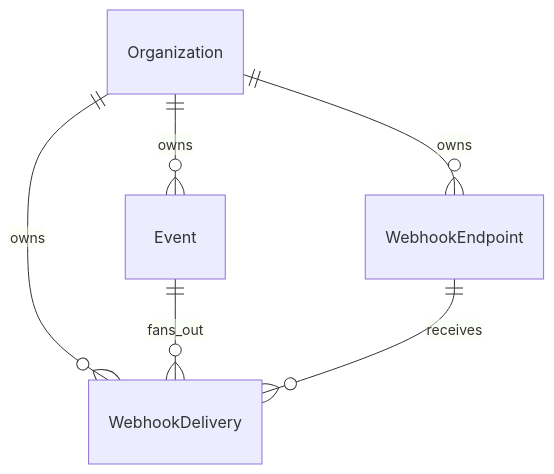
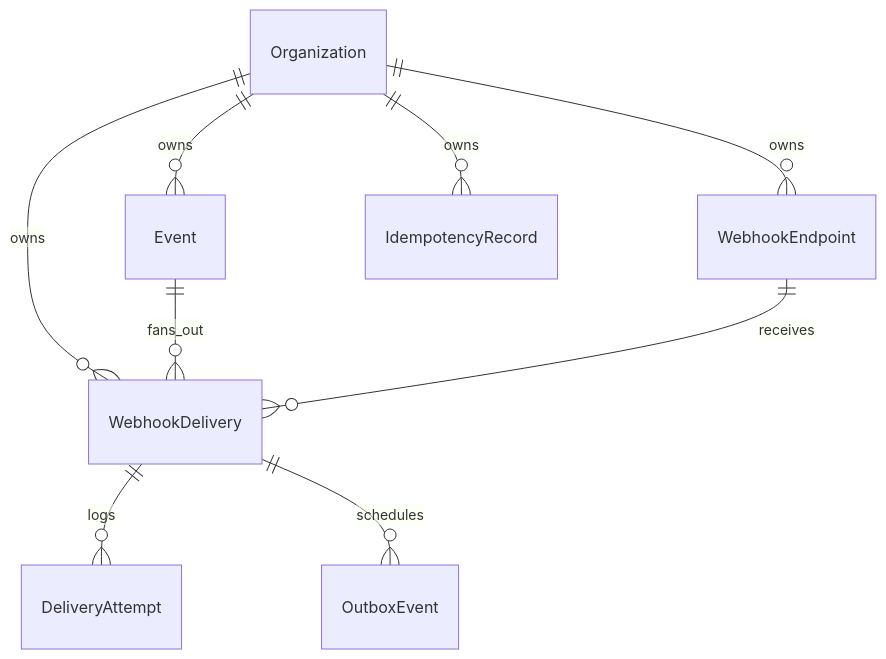
One commit to Thanmaya-K-N/hooklab changed the diagram in docs/database-design.md. Above: the diagram before and after it, drawn with Mermaid. The commit also changed other lines of this file and 17 other files, not shown here.

````diff
--- a/docs/database-design.md
+++ b/docs/database-design.md
@@ -7,8 +7,11 @@
 ```mermaid
 erDiagram
   Organization ||--o{ WebhookEndpoint : owns
   Organization ||--o{ Event : owns
   Organization ||--o{ WebhookDelivery : owns
+  Organization ||--o{ IdempotencyRecord : owns
   Event ||--o{ WebhookDelivery : fans_out
   WebhookEndpoint ||--o{ WebhookDelivery : receives
+  WebhookDelivery ||--o{ DeliveryAttempt : logs
+  WebhookDelivery ||--o{ OutboxEvent : schedules
 ```
````
